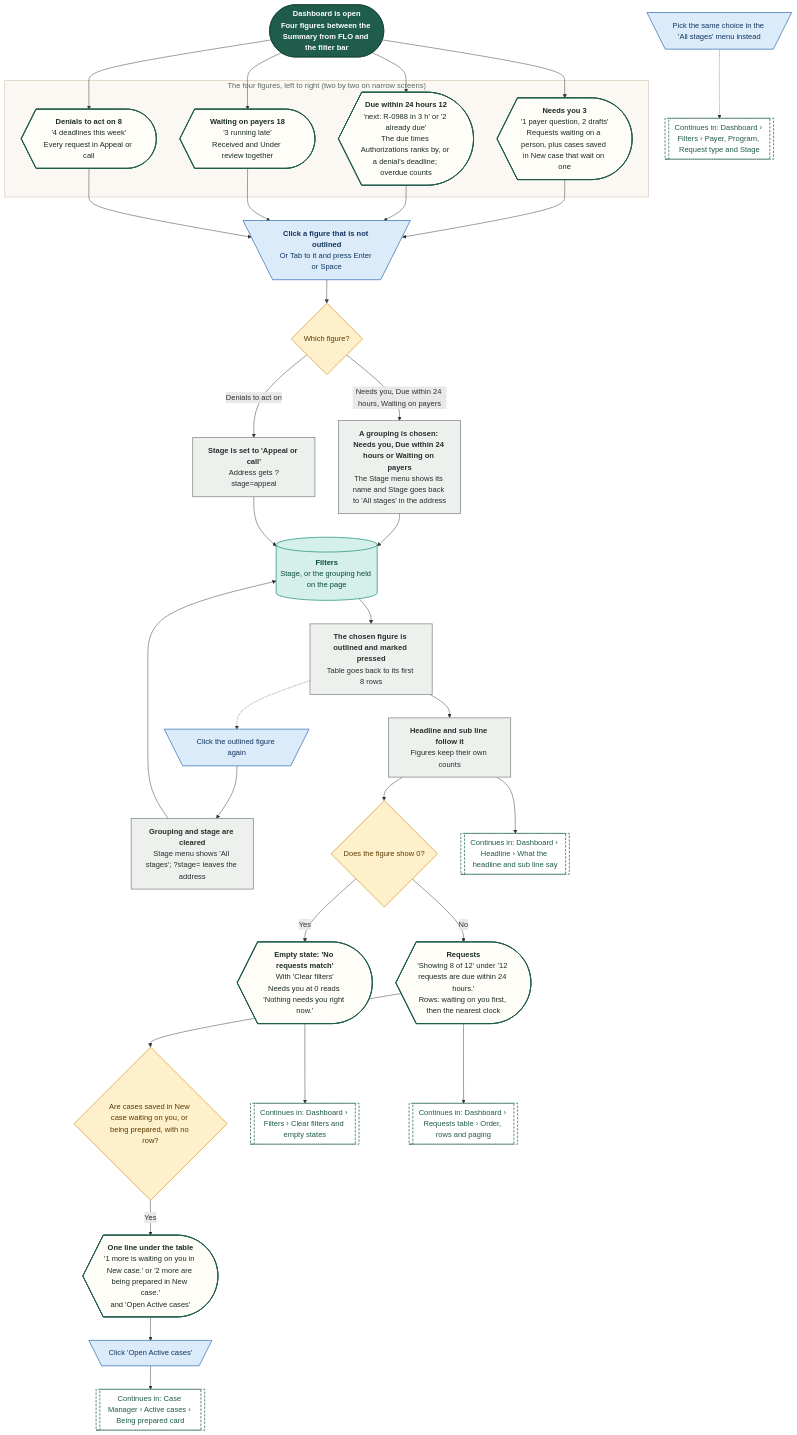
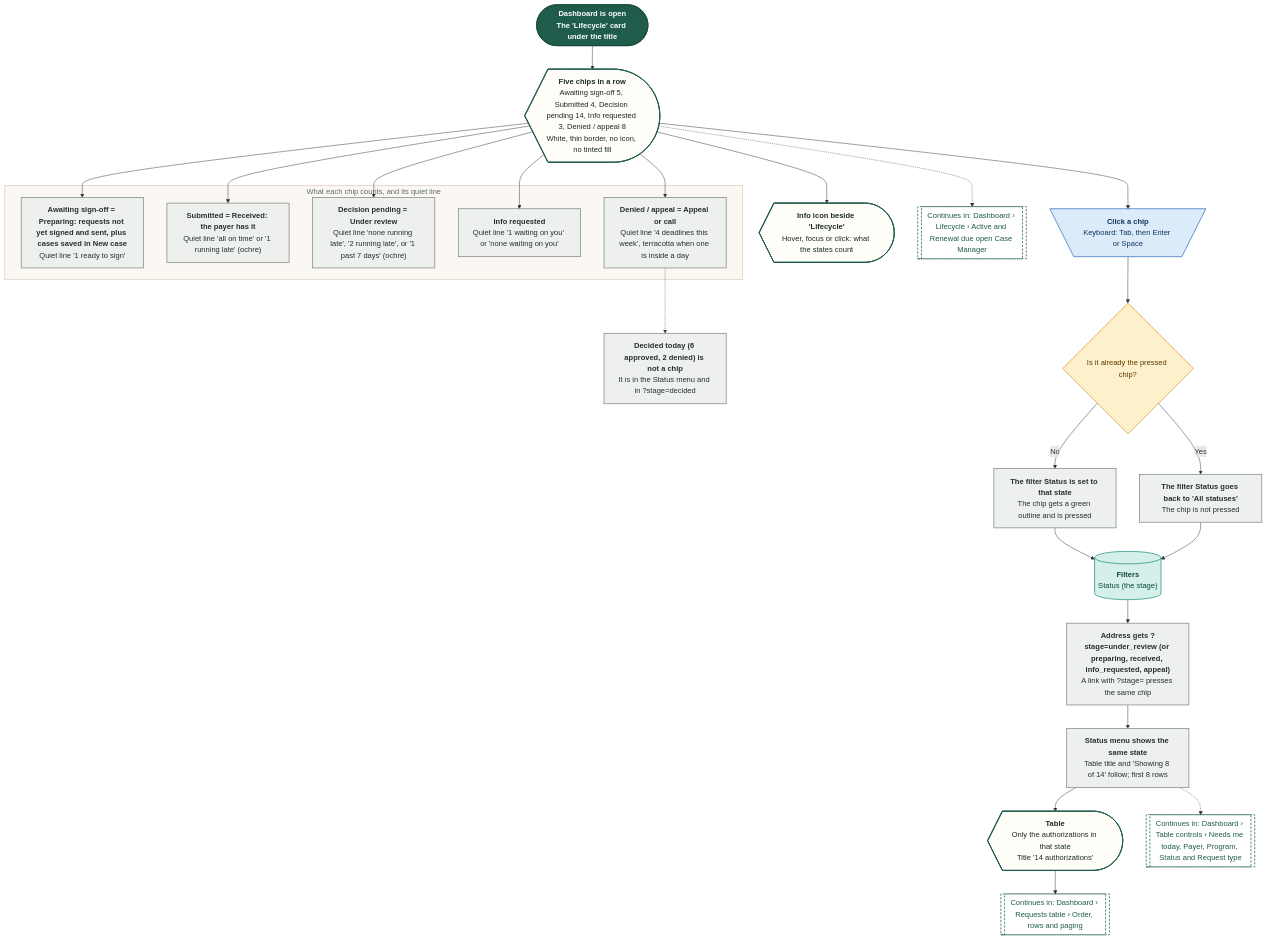
One commit to Shrav143/psyfloapp changed the eighth of 21 diagrams in demos/prior-auth-demo/workflows/out/md/02-dashboard.md. Above: the diagram before and after it, drawn with Mermaid. The commit also changed other lines of this file and 251 other files, not shown here.

First line of the commit message:
docs: rebuild the workflow diagrams (291) for round 4

````diff
--- a/demos/prior-auth-demo/workflows/out/md/02-dashboard.md
+++ b/demos/prior-auth-demo/workflows/out/md/02-dashboard.md
@@ -497,74 +545,59 @@
 ```mermaid
 %%{init: {"theme":"base","themeVariables":{"fontFamily":"'DM Sans', 'Segoe UI', system-ui, sans-serif","fontSize":"15px","lineColor":"#5B6B63","primaryTextColor":"#1C2B25","clusterBkg":"#FBF8F3","clusterBorder":"#D9CDBB","edgeLabelBackground":"#FFFFFF"},"flowchart":{"curve":"basis","nodeSpacing":36,"rankSpacing":48,"padding":12,"htmlLabels":true,"useMaxWidth":false,"wrappingWidth":230}} }%%
 flowchart TD
   classDef k_start fill:#1F5C4B,stroke:#174638,color:#FFFFFF,stroke-width:1.5px,font-weight:600
   classDef k_end fill:#DDEFE3,stroke:#2E7D4F,color:#14502F,stroke-width:1.5px,font-weight:600
   classDef k_endx fill:#FBE3E0,stroke:#C0392B,color:#7A1F16,stroke-width:1.5px,font-weight:600
   classDef k_screen fill:#FFFDF8,stroke:#1F5C4B,color:#1C2B25,stroke-width:2px
   classDef k_overlay fill:#F1F7F3,stroke:#1F5C4B,color:#1C2B25,stroke-width:2px,stroke-dasharray:5 3
   classDef k_click fill:#DCEBFA,stroke:#2F6DB5,color:#12365F,stroke-width:1.5px
   classDef k_input fill:#E4E7FF,stroke:#4C5FD5,color:#1D2670,stroke-width:1.5px
   classDef k_process fill:#EEF0EE,stroke:#7A857F,color:#26302B,stroke-width:1.5px
   classDef k_agent fill:#EEE5FA,stroke:#7A4FC2,color:#341A63,stroke-width:1.5px
   classDef k_decision fill:#FFF0CC,stroke:#D9962B,color:#5C3B00,stroke-width:1.5px
   classDef k_store fill:#D5F0EA,stroke:#1C8E7B,color:#0B4A3F,stroke-width:1.5px
   classDef k_doc fill:#F6E9DC,stroke:#B07A4C,color:#4A2E14,stroke-width:1.5px
   classDef k_ext fill:#FFE6D2,stroke:#E07B39,color:#6B2F06,stroke-width:1.5px
   classDef k_wait fill:#E4E8EE,stroke:#6B7C93,color:#26303D,stroke-width:1.5px
   classDef k_toast fill:#FFF9DB,stroke:#C9A400,color:#5A4A00,stroke-width:1.5px
   classDef k_goto fill:#FFFFFF,stroke:#1F5C4B,color:#1F5C4B,stroke-width:1.5px,stroke-dasharray:5 3
-  s1@{ shape: stadium, label: "<b>Dashboard is open</b><br/>Four figures between the Summary from FLO and the filter bar" }
-  subgraph gFig ["The four figures, left to right (two by two on narrow screens)"]
-  t1@{ shape: curv-trap, label: "<b>Needs you 3</b><br/>'1 payer question, 2 drafts'<br/>Requests waiting on a person, plus cases saved in New case that wait on one" }
-  t2@{ shape: curv-trap, label: "<b>Due within 24 hours 12</b><br/>'next: R-0988 in 3 h' or '2 already due'<br/>The due times Authorizations ranks by, or a denial's deadline; overdue counts" }
-  t3@{ shape: curv-trap, label: "<b>Waiting on payers 18</b><br/>'3 running late'<br/>Received and Under review together" }
-  t4@{ shape: curv-trap, label: "<b>Denials to act on 8</b><br/>'4 deadlines this week'<br/>Every request in Appeal or call" }
+  s1@{ shape: stadium, label: "<b>Dashboard is open</b><br/>The 'Lifecycle' card under the title" }
+  sc@{ shape: curv-trap, label: "<b>Five chips in a row</b><br/>Awaiting sign-off 5, Submitted 4, Decision pending 14, Info requested 3, Denied / appeal 8<br/>White, thin border, no icon, no tinted fill" }
+  ip@{ shape: curv-trap, label: "<b>Info icon beside 'Lifecycle'</b><br/>Hover, focus or click: what the states count" }
+  subgraph gCount ["What each chip counts, and its quiet line"]
+  c1@{ shape: rect, label: "<b>Awaiting sign-off = Preparing: requests not yet signed and sent, plus cases saved in New case</b><br/>Quiet line '1 ready to sign'" }
+  c2@{ shape: rect, label: "<b>Submitted = Received: the payer has it</b><br/>Quiet line 'all on time' or '1 running late' (ochre)" }
+  c3@{ shape: rect, label: "<b>Decision pending = Under review</b><br/>Quiet line 'none running late', '2 running late', or '1 past 7 days' (ochre)" }
+  c4@{ shape: rect, label: "<b>Info requested</b><br/>Quiet line '1 waiting on you' or 'none waiting on you'" }
+  c5@{ shape: rect, label: "<b>Denied / appeal = Appeal or call</b><br/>Quiet line '4 deadlines this week', terracotta when one is inside a day" }
   end
-  c1@{ shape: trap-t, label: "<b>Click a figure that is not outlined</b><br/>Or Tab to it and press Enter or Space" }
-  c2@{ shape: trap-t, label: "Click the outlined figure again" }
-  d1@{ shape: diam, label: "Which figure?" }
-  p1@{ shape: rect, label: "<b>A grouping is chosen: Needs you, Due within 24 hours or Waiting on payers</b><br/>The Stage menu shows its name and Stage goes back to 'All stages' in the address" }
-  p1b@{ shape: rect, label: "<b>Stage is set to 'Appeal or call'</b><br/>Address gets ?stage=appeal" }
-  p2@{ shape: rect, label: "<b>Grouping and stage are cleared</b><br/>Stage menu shows 'All stages'; ?stage= leaves the address" }
-  w1@{ shape: cyl, label: "<b>Filters</b><br/>Stage, or the grouping held on the page" }
-  p4@{ shape: rect, label: "<b>The chosen figure is outlined and marked pressed</b><br/>Table goes back to its first 8 rows" }
-  p5@{ shape: rect, label: "<b>Headline and sub line follow it</b><br/>Figures keep their own counts" }
-  sc@{ shape: curv-trap, label: "<b>Requests</b><br/>'Showing 8 of 12' under '12 requests are due within 24 hours.'<br/>Rows: waiting on you first, then the nearest clock" }
-  d2@{ shape: diam, label: "Does the figure show 0?" }
-  em@{ shape: curv-trap, label: "<b>Empty state: 'No requests match'</b><br/>With 'Clear filters'<br/>Needs you at 0 reads 'Nothing needs you right now.'" }
-  d3@{ shape: diam, label: "Are cases saved in New case waiting on you, or being prepared, with no row?" }
-  ml@{ shape: curv-trap, label: "<b>One line under the table</b><br/>'1 more is waiting on you in New case.' or '2 more are being prepared in New case.'<br/>and 'Open Active cases'" }
-  c3@{ shape: trap-t, label: "Click 'Open Active cases'" }
-  m1@{ shape: trap-t, label: "Pick the same choice in the 'All stages' menu instead" }
-  g1@{ shape: subproc, label: "Continues in: Dashboard › Headline › What the headline and sub line say" }
-  g2@{ shape: subproc, label: "Continues in: Dashboard › Filters › Clear filters and empty states" }
+  n1@{ shape: rect, label: "<b>Decided today (6 approved, 2 denied) is not a chip</b><br/>It is in the Status menu and in ?stage=decided" }
+  k1@{ shape: trap-t, label: "<b>Click a chip</b><br/>Keyboard: Tab, then Enter or Space" }
+  d1@{ shape: diam, label: "Is it already the pressed chip?" }
+  p1@{ shape: rect, label: "<b>The filter Status is set to that state</b><br/>The chip gets a green outline and is pressed" }
+  p2@{ shape: rect, label: "<b>The filter Status goes back to 'All statuses'</b><br/>The chip is not pressed" }
+  w1@{ shape: cyl, label: "<b>Filters</b><br/>Status (the stage)" }
+  p3@{ shape: rect, label: "<b>Address gets ?stage=under_review (or preparing, received, info_requested, appeal)</b><br/>A link with ?stage= presses the same chip" }
+  p4@{ shape: rect, label: "<b>Status menu shows the same state</b><br/>Table title and 'Showing 8 of 14' follow; first 8 rows" }
+  sc2@{ shape: curv-trap, label: "<b>Table</b><br/>Only the authorizations in that state<br/>Title '14 authorizations'" }
+  g1@{ shape: subproc, label: "Continues in: Dashboard › Lifecycle › Active and Renewal due open Case Manager" }
+  g2@{ shape: subproc, label: "Continues in: Dashboard › Table controls › Needs me today, Payer, Program, Status and Request type" }
   g3@{ shape: subproc, label: "Continues in: Dashboard › Requests table › Order, rows and paging" }
-  g4@{ shape: subproc, label: "Continues in: Dashboard › Filters › Payer, Program, Request type and Stage" }
-  g5@{ shape: subproc, label: "Continues in: Case Manager › Active cases › Being prepared card" }
-  s1 --> t1 & t2 & t3 & t4
-  t1 & t2 & t3 & t4 --> c1
-  c1 --> d1
-  d1 -->|"Needs you, Due within 24 hours, Waiting on payers"| p1
-  d1 -->|"Denials to act on"| p1b
-  p4 -.-> c2
-  c2 --> p2
-  p1 --> w1
-  p1b --> w1
-  p2 --> w1
-  w1 --> p4 --> p5
-  p5 --> g1
-  p5 --> d2
-  d2 -->|"No"| sc --> g3
-  d2 -->|"Yes"| em --> g2
-  sc --> d3
-  d3 -->|"Yes"| ml --> c3 --> g5
-  m1 -.-> g4
+  s1 --> sc --> k1 --> d1
+  sc --> ip
+  sc --> c1 & c2 & c3 & c4 & c5
+  c5 -.-> n1
+  d1 -->|"No"| p1 --> w1
+  d1 -->|"Yes"| p2 --> w1
+  w1 --> p3 --> p4 --> sc2 --> g3
+  sc -.-> g1
+  p4 -.-> g2
   class s1 k_start
-  class t1,t2,t3,t4,sc,em,ml k_screen
-  class c1,c2,c3,m1 k_click
-  class d1,d2,d3 k_decision
-  class p1,p1b,p2,p4,p5 k_process
+  class sc,ip,sc2 k_screen
+  class c1,c2,c3,c4,c5,n1,p1,p2,p3,p4 k_process
+  class k1 k_click
+  class d1 k_decision
   class w1 k_store
-  class g1,g2,g3,g4,g5 k_goto
-  style gFig fill:#FBF8F3,stroke:#D9CDBB,stroke-width:1.5px,color:#5B6B63
+  class g1,g2,g3 k_goto
+  style gCount fill:#FBF8F3,stroke:#D9CDBB,stroke-width:1.5px,color:#5B6B63
 ```
````
